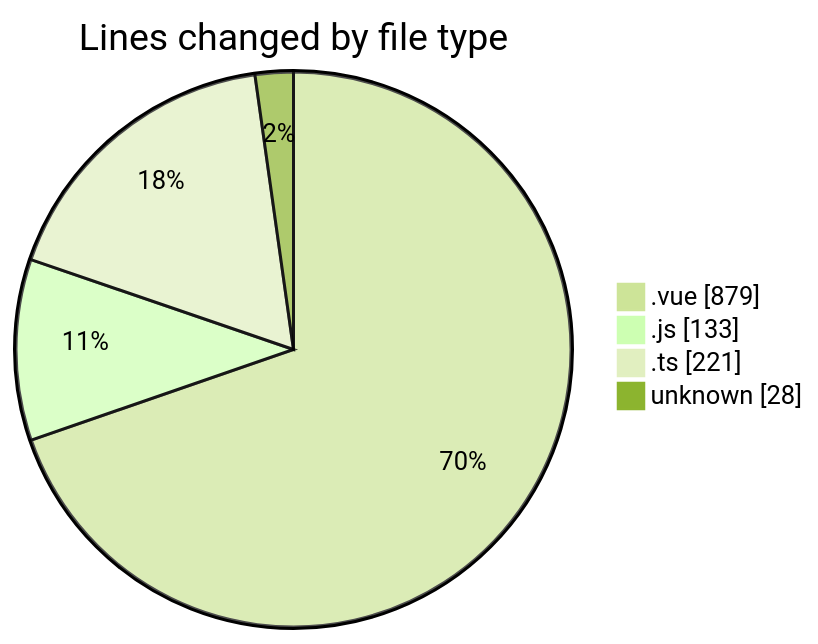
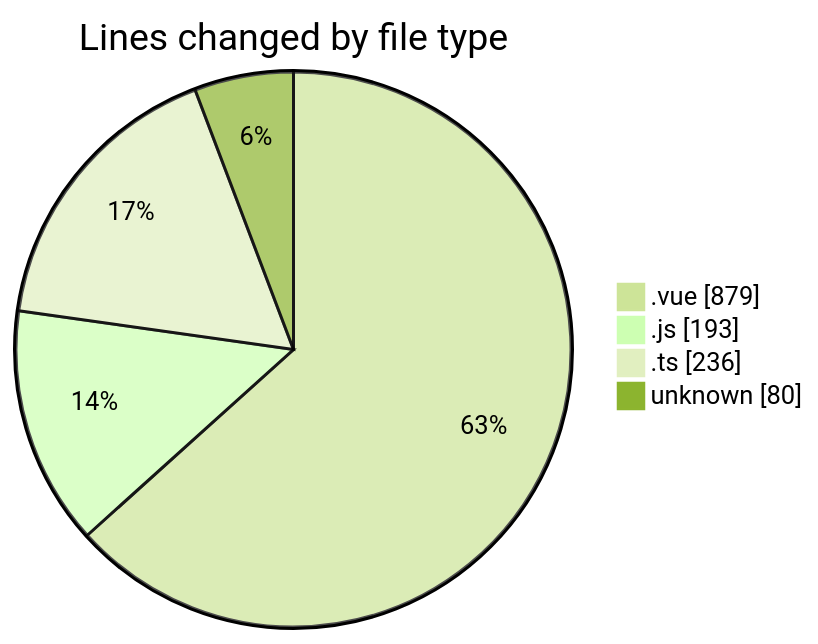
Before and after one commit to lephambinh05/code-tracking: the first of 2 diagrams in 2025-08-11/rentotp/README.md, drawn with Mermaid (forest theme). The commit also changed other lines of this file and 1 other file, not shown here.

````diff
--- a/2025-08-11/rentotp/README.md
+++ b/2025-08-11/rentotp/README.md
@@ -28,8 +29,8 @@
 ```mermaid
 pie showData
 title Lines changed by file type
 ".vue" : 879
-".js" : 133
-".ts" : 221
-"unknown" : 28
+".js" : 193
+".ts" : 236
+"unknown" : 80
 ```
````
